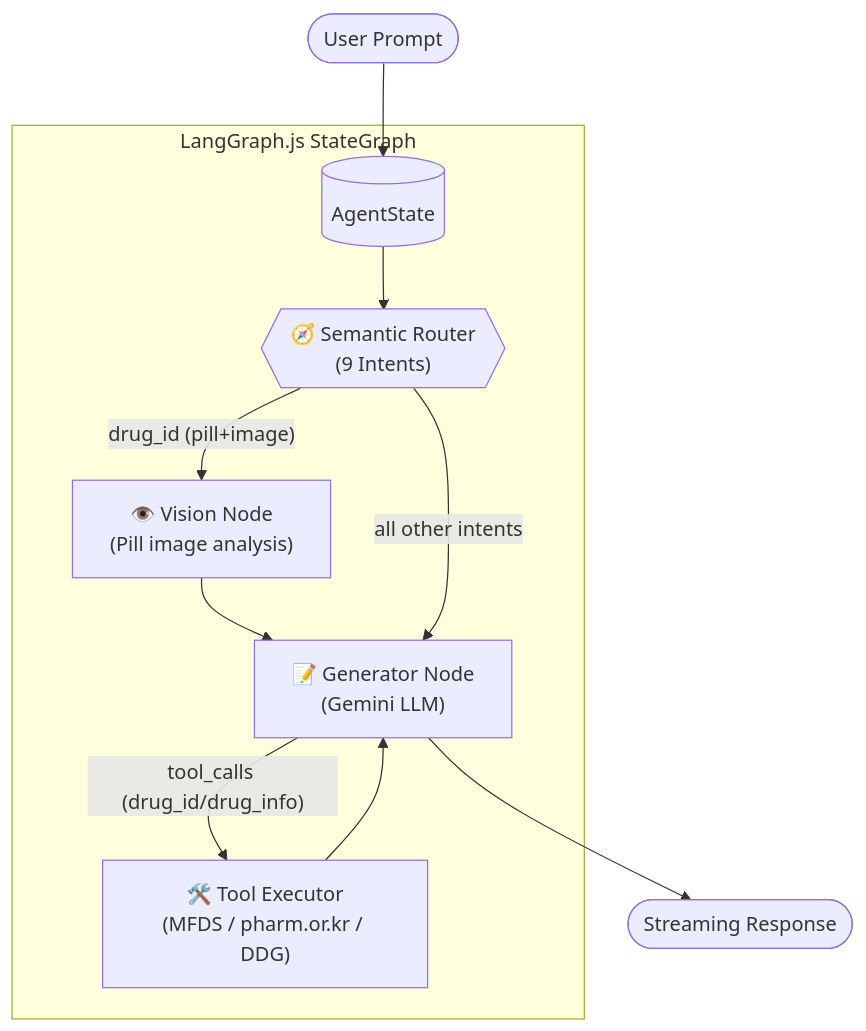
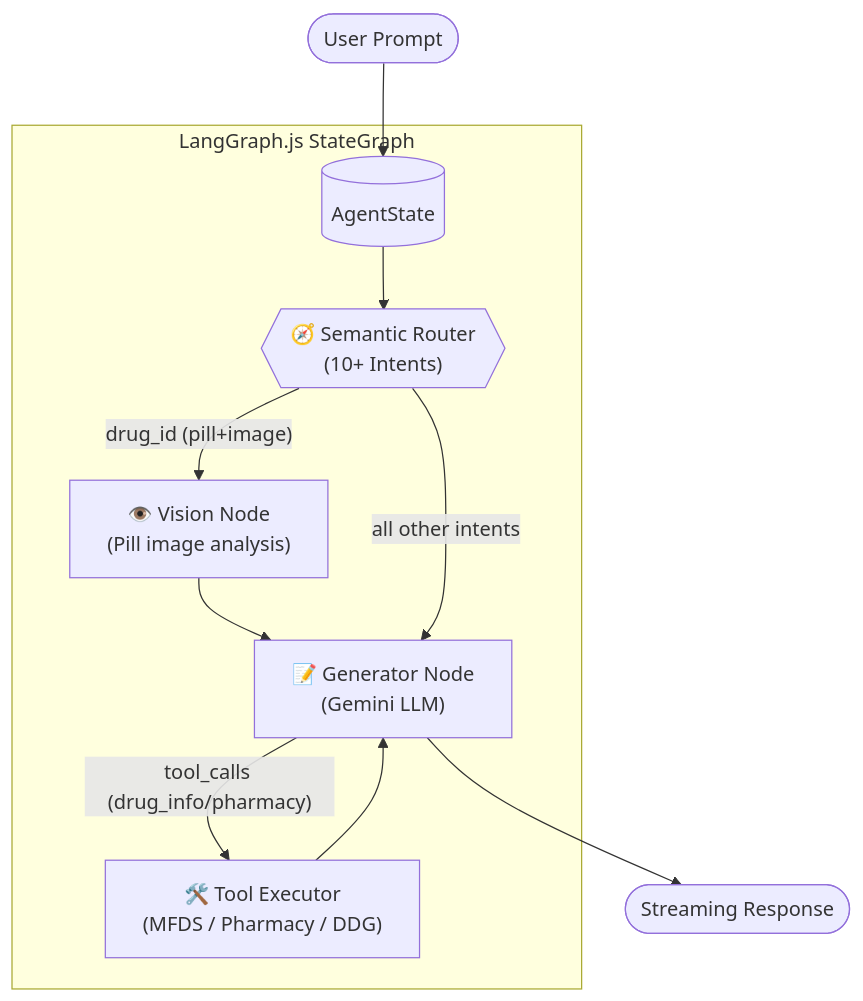
The second of 2 diagrams in README.md (jpjp92/chat-agent), drawn with Mermaid before and after one commit. The commit also changed other lines of this file and 17 other files, not shown here.

Commit message:
feat: add pharmacy search tool with real-time availability renderer and loading states

````diff
--- a/README.md
+++ b/README.md
@@ -89,20 +90,20 @@
 ```mermaid
 flowchart TB
     User([User Prompt])
 
     subgraph StateGraph ["LangGraph.js StateGraph"]
         StateNode[("AgentState")]
-        RouterNode{{"🧭 Semantic Router\n(9 Intents)"}}
+        RouterNode{{"🧭 Semantic Router\n(10+ Intents)"}}
         Vision["👁️ Vision Node\n(Pill image analysis)"]
-        Tools["🛠️ Tool Executor\n(MFDS / pharm.or.kr / DDG)"]
+        Tools["🛠️ Tool Executor\n(MFDS / Pharmacy / DDG)"]
         Generator["📝 Generator Node\n(Gemini LLM)"]
     end
 
     Output([Streaming Response])
 
     User --> StateNode --> RouterNode
     RouterNode -- "drug_id (pill+image)" --> Vision --> Generator
     RouterNode -- "all other intents" --> Generator
-    Generator -- "tool_calls (drug_id/drug_info)" --> Tools --> Generator
+    Generator -- "tool_calls (drug_info/pharmacy)" --> Tools --> Generator
     Generator --> Output
 ```
````
